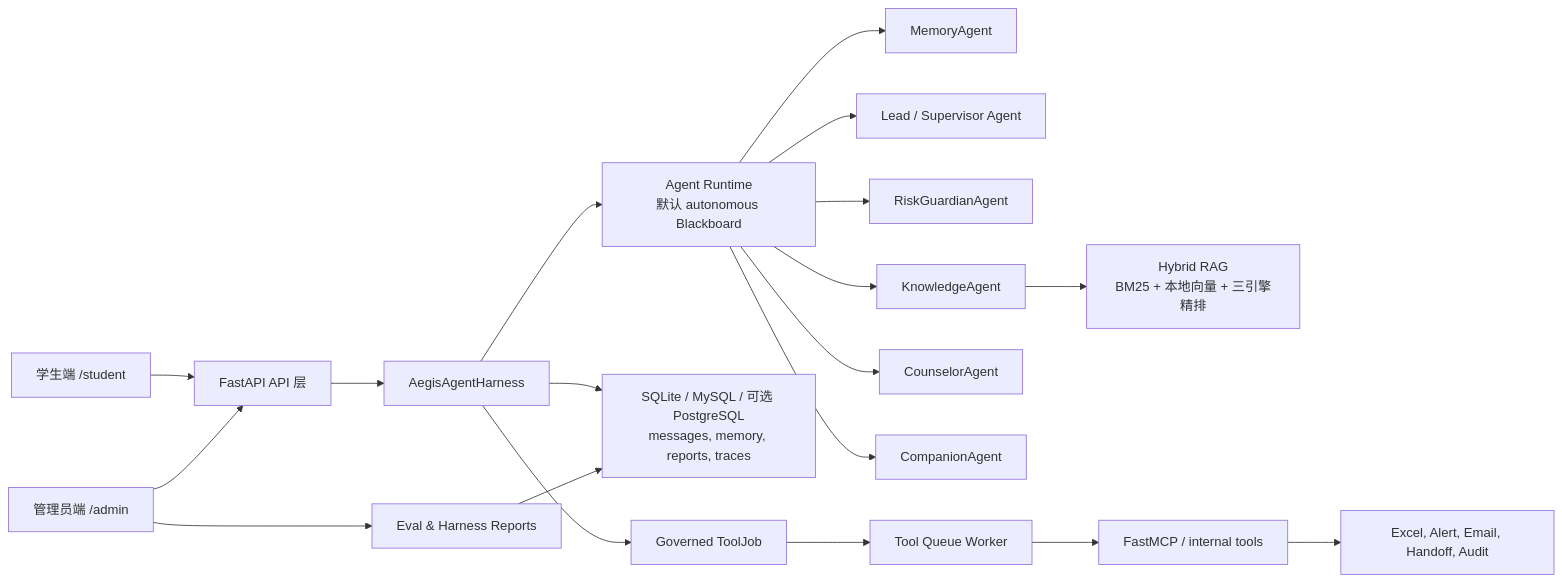
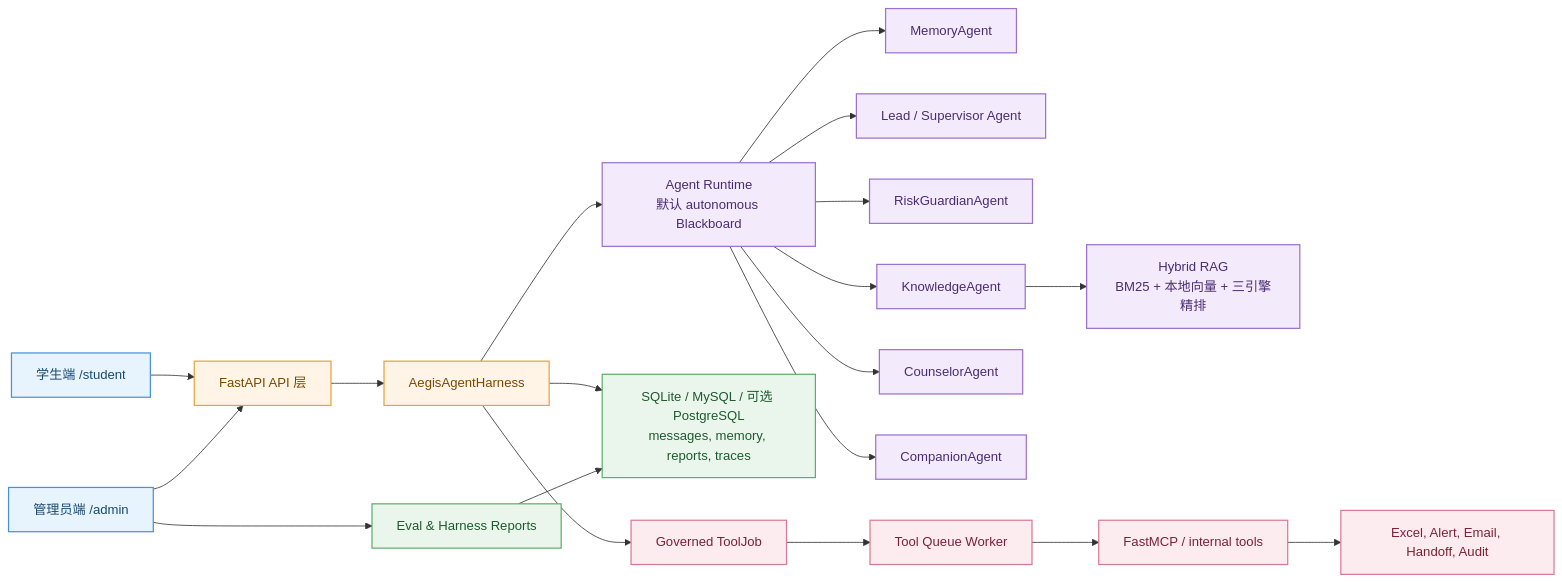
One commit to shangguanyunji663/Aegis-agent changed the diagram in README.md. Above: the diagram before and after it, drawn with Mermaid. The commit also changed other lines of this file and 5 other files, not shown here.

First line of the commit message:
docs: README 门面优化 + 界面截图 + 学习指南第二十一轮逐行审计

````diff
--- a/README.md
+++ b/README.md
@@ -100,25 +77,37 @@
 ```mermaid
 flowchart LR
     Student["学生端 /student"] --> API["FastAPI API 层"]
     Admin["管理员端 /admin"] --> API
 
     API --> Harness["AegisAgentHarness"]
     Harness --> Runtime["Agent Runtime<br/>默认 autonomous Blackboard"]
 
     Runtime --> Memory["MemoryAgent"]
     Runtime --> Lead["Lead / Supervisor Agent"]
     Runtime --> Risk["RiskGuardianAgent"]
     Runtime --> Knowledge["KnowledgeAgent"]
     Runtime --> Counselor["CounselorAgent"]
     Runtime --> Companion["CompanionAgent"]
 
     Knowledge --> RAG["Hybrid RAG<br/>BM25 + 本地向量 + 三引擎精排"]
     Harness --> Store["SQLite / MySQL / 可选 PostgreSQL<br/>messages, memory, reports, traces"]
     Harness --> ToolPlan["Governed ToolJob"]
     ToolPlan --> Queue["Tool Queue Worker"]
     Queue --> MCP["FastMCP / internal tools"]
     MCP --> Outputs["Excel, Alert, Email, Handoff, Audit"]
 
     Admin --> Eval["Eval & Harness Reports"]
     Eval --> Store
+
+    classDef client fill:#E8F4FD,stroke:#4A90D9,stroke-width:1.5px,color:#1A4971
+    classDef core fill:#FFF4E6,stroke:#E8A33D,stroke-width:1.5px,color:#7A4A00
+    classDef agent fill:#F3EAFB,stroke:#9B72CF,stroke-width:1.5px,color:#4A2D73
+    classDef store fill:#EAF6EC,stroke:#5BAF6F,stroke-width:1.5px,color:#1E5A2E
+    classDef tool fill:#FDECEF,stroke:#D97A94,stroke-width:1.5px,color:#7A2338
+
+    class Student,Admin client
+    class API,Harness core
+    class Runtime,Memory,Lead,Risk,Knowledge,Counselor,Companion,RAG agent
+    class Store,Eval store
+    class ToolPlan,Queue,MCP,Outputs tool
 ```
````
